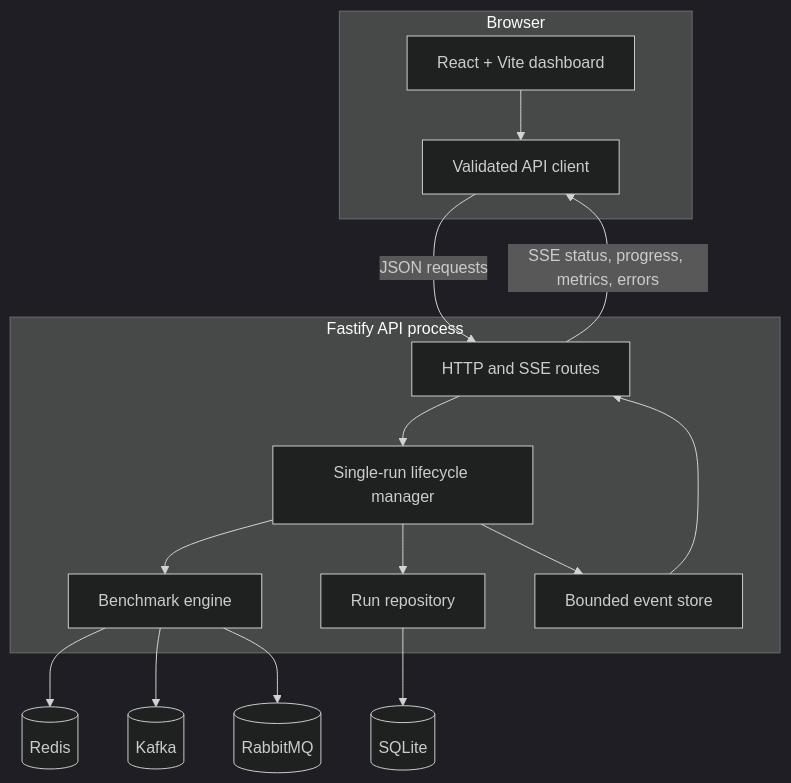
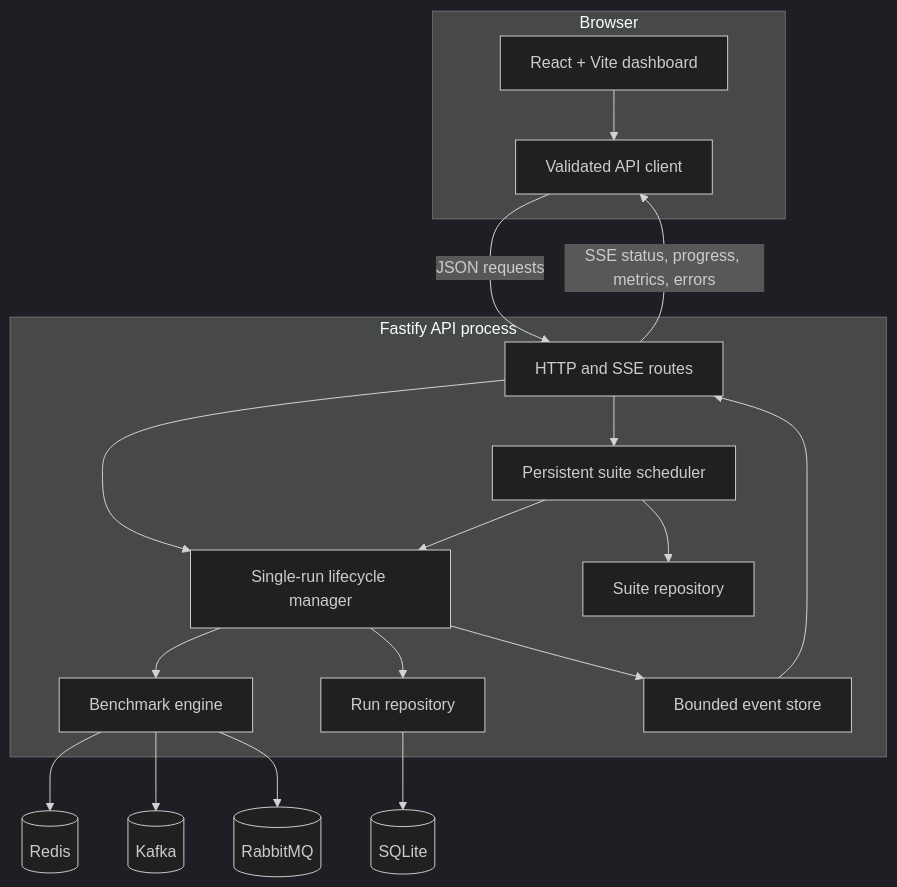
One commit to viniciuspizettadesouza/messaging-lab changed the first of 6 diagrams in docs/architecture.md. Above: the diagram before and after it, drawn with Mermaid (dark theme). The commit also changed other lines of this file and 20 other files, not shown here.

````diff
--- a/docs/architecture.md
+++ b/docs/architecture.md
@@ -5,26 +5,30 @@
 ```mermaid
 flowchart TB
     subgraph Browser
       UI[React + Vite dashboard]
       Client[Validated API client]
       UI --> Client
     end
 
     subgraph API[Fastify API process]
       Routes[HTTP and SSE routes]
       Manager[Single-run lifecycle manager]
+      Scheduler[Persistent suite scheduler]
       Engine[Benchmark engine]
       Repo[Run repository]
+      SuiteRepo[Suite repository]
       Events[Bounded event store]
       Routes --> Manager --> Engine
+      Routes --> Scheduler --> Manager
+      Scheduler --> SuiteRepo
       Manager --> Repo
       Manager --> Events --> Routes
     end
 
     Client -->|JSON requests| Routes
     Routes -->|SSE status, progress, metrics, errors| Client
     Repo --> SQLite[(SQLite)]
     Engine --> Redis[(Redis)]
     Engine --> Kafka[(Kafka)]
     Engine --> RabbitMQ[(RabbitMQ)]
 ```
````
